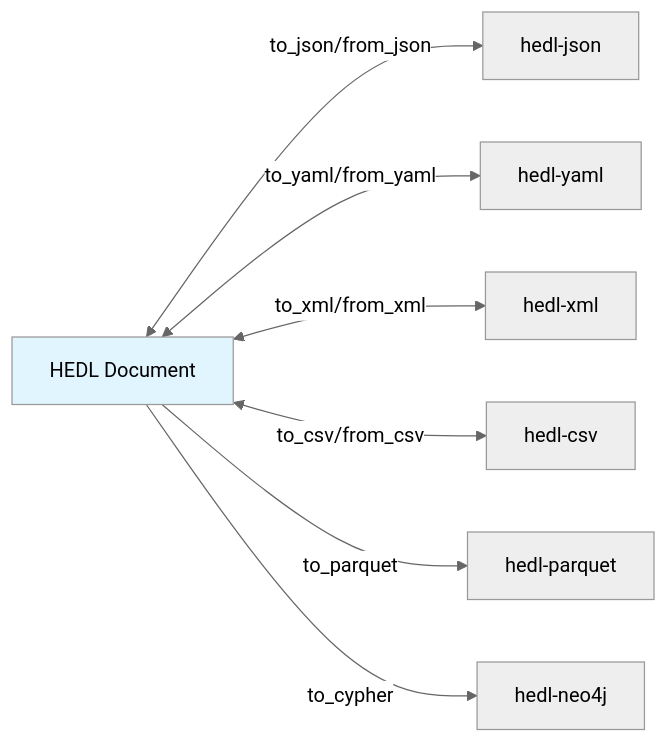
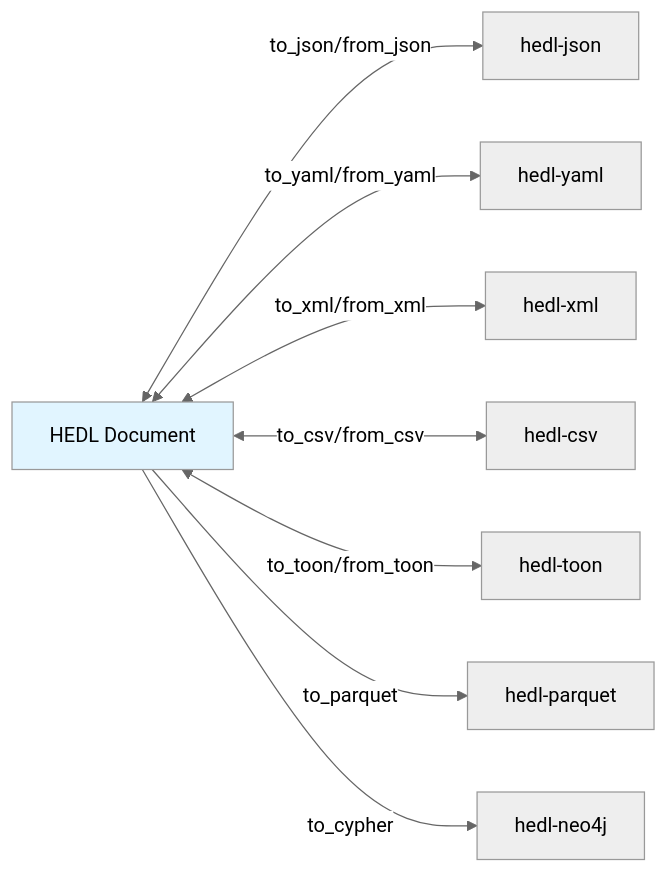
Before and after one commit to dweve-ai/hedl: the diagram in docs/architecture/components/format-adapters.md, drawn with Mermaid (neutral theme). The commit also changed other lines of this file and 735 other files, not shown here.

````diff
--- a/docs/architecture/components/format-adapters.md
+++ b/docs/architecture/components/format-adapters.md
@@ -11,11 +11,12 @@
 ```mermaid
 graph LR
     HEDL[HEDL Document] <-->|to_json/from_json| JSON[hedl-json]
     HEDL <-->|to_yaml/from_yaml| YAML[hedl-yaml]
     HEDL <-->|to_xml/from_xml| XML[hedl-xml]
     HEDL <-->|to_csv/from_csv| CSV[hedl-csv]
+    HEDL <-->|to_toon/from_toon| TOON[hedl-toon]
     HEDL -->|to_parquet| PARQUET[hedl-parquet]
     HEDL -->|to_cypher| NEO4J[hedl-neo4j]
 
     style HEDL fill:#e1f5ff
 ```
````
